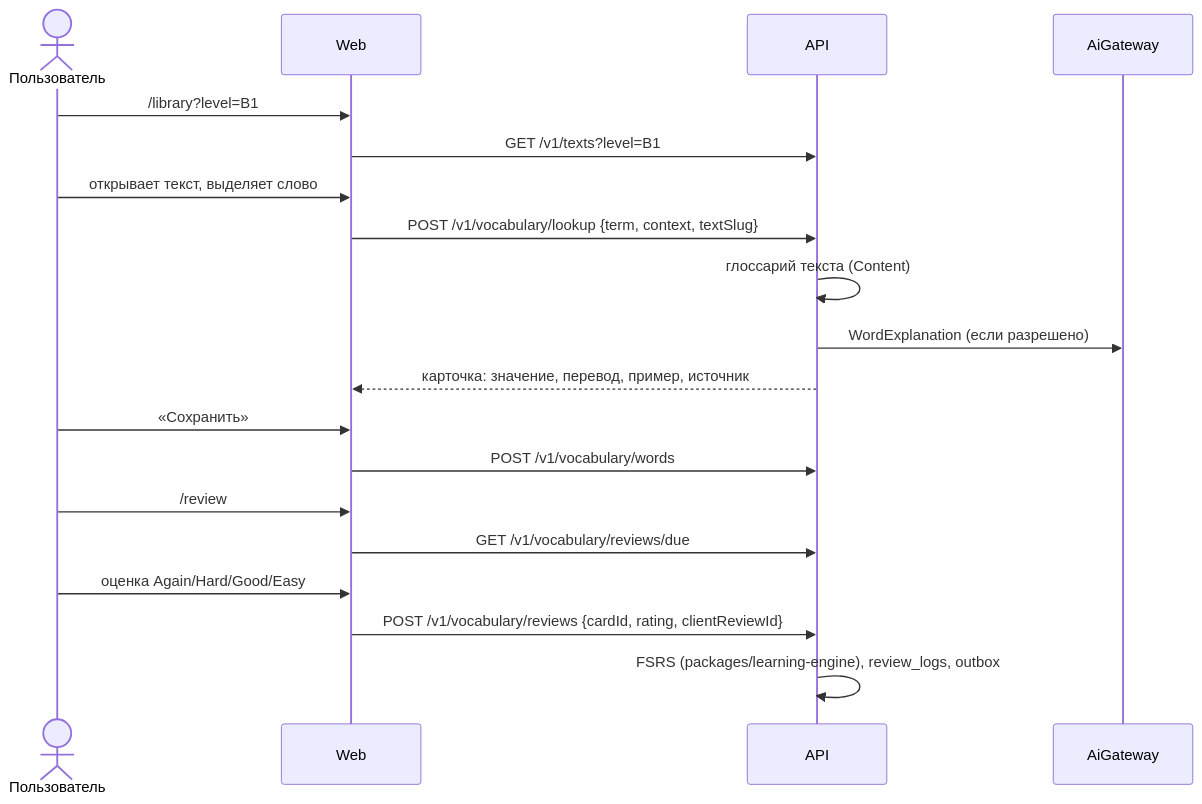
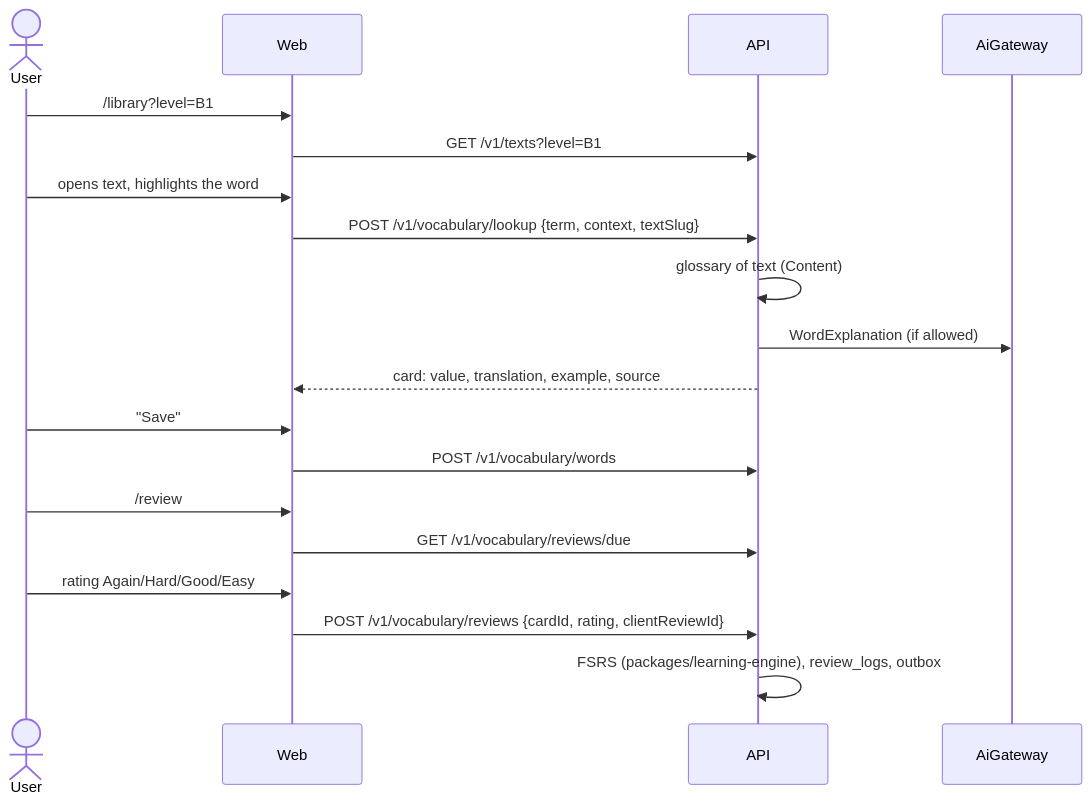
One commit to sen4ch/LingoUp changed the sixth of 6 diagrams in ARCHITECTURE.md. Above: the diagram before and after it, drawn with Mermaid. The commit also changed other lines of this file and 68 other files, not shown here.

````diff
--- a/ARCHITECTURE.md
+++ b/ARCHITECTURE.md
@@ -226,21 +226,21 @@
 ```mermaid
 sequenceDiagram
-    actor U as Пользователь
+    actor U as User
     participant W as Web
     participant A as API
     participant AI as AiGateway
     U->>W: /library?level=B1
     W->>A: GET /v1/texts?level=B1
-    U->>W: открывает текст, выделяет слово
+    U->>W: opens text, highlights the word
     W->>A: POST /v1/vocabulary/lookup {term, context, textSlug}
-    A->>A: глоссарий текста (Content)
-    A->>AI: WordExplanation (если разрешено)
-    A-->>W: карточка: значение, перевод, пример, источник
-    U->>W: «Сохранить»
+    A->>A: glossary of text (Content)
+    A->>AI: WordExplanation (if allowed)
+    A-->>W: card: value, translation, example, source
+    U->>W: "Save"
     W->>A: POST /v1/vocabulary/words
     U->>W: /review
     W->>A: GET /v1/vocabulary/reviews/due
-    U->>W: оценка Again/Hard/Good/Easy
+    U->>W: rating Again/Hard/Good/Easy
     W->>A: POST /v1/vocabulary/reviews {cardId, rating, clientReviewId}
     A->>A: FSRS (packages/learning-engine), review_logs, outbox
 ```
````
